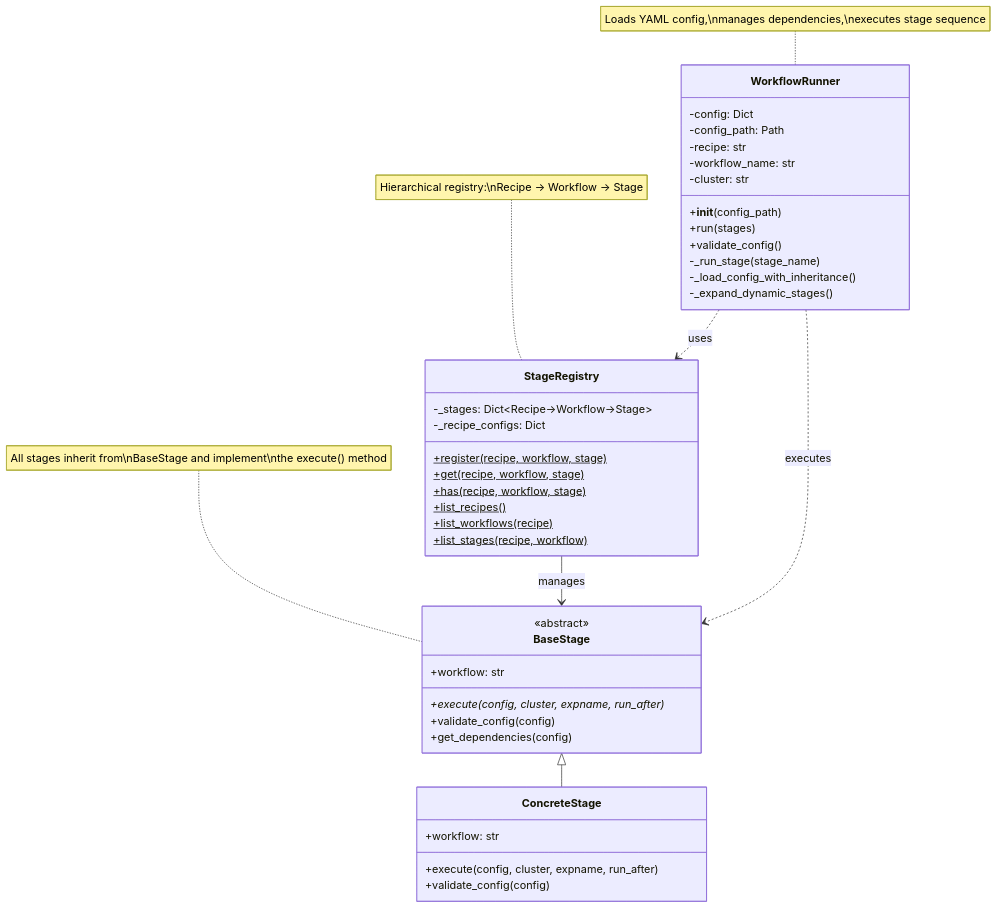
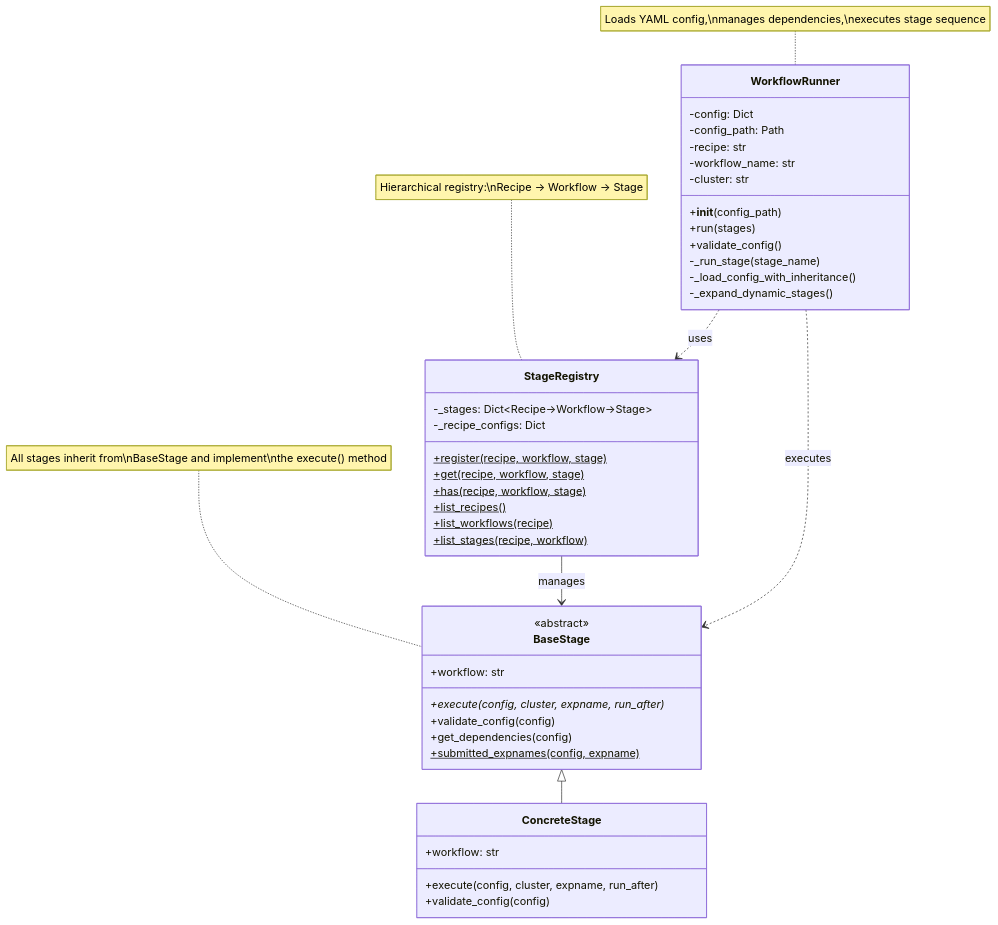
One commit to NVIDIA/nvflow changed the second of 10 diagrams in docs/ARCHITECTURE.md. Above: the diagram before and after it, drawn with Mermaid. The commit also changed other lines of this file and 6 other files, not shown here.

````diff
--- a/docs/ARCHITECTURE.md
+++ b/docs/ARCHITECTURE.md
@@ -135,50 +135,51 @@
 ```mermaid
 classDiagram
     class BaseStage {
         <<abstract>>
         +workflow: str
         +execute(config, cluster, expname, run_after)*
         +validate_config(config)
         +get_dependencies(config)
+        +submitted_expnames(config, expname)$
     }
 
     class StageRegistry {
         -_stages: Dict~Recipe→Workflow→Stage~
         -_recipe_configs: Dict
         +register(recipe, workflow, stage)$
         +get(recipe, workflow, stage)$
         +has(recipe, workflow, stage)$
         +list_recipes()$
         +list_workflows(recipe)$
         +list_stages(recipe, workflow)$
     }
 
     class WorkflowRunner {
         -config: Dict
         -config_path: Path
         -recipe: str
         -workflow_name: str
         -cluster: str
         +__init__(config_path)
         +run(stages)
         +validate_config()
         -_run_stage(stage_name)
         -_load_config_with_inheritance()
         -_expand_dynamic_stages()
     }
 
     class ConcreteStage {
         +workflow: str
         +execute(config, cluster, expname, run_after)
         +validate_config(config)
     }
 
     BaseStage <|-- ConcreteStage
     WorkflowRunner ..> StageRegistry : uses
     StageRegistry --> BaseStage : manages
     WorkflowRunner ..> BaseStage : executes
 
     note for BaseStage "All stages inherit from\nBaseStage and implement\nthe execute() method"
     note for StageRegistry "Hierarchical registry:\nRecipe → Workflow → Stage"
     note for WorkflowRunner "Loads YAML config,\nmanages dependencies,\nexecutes stage sequence"
 ```
````
